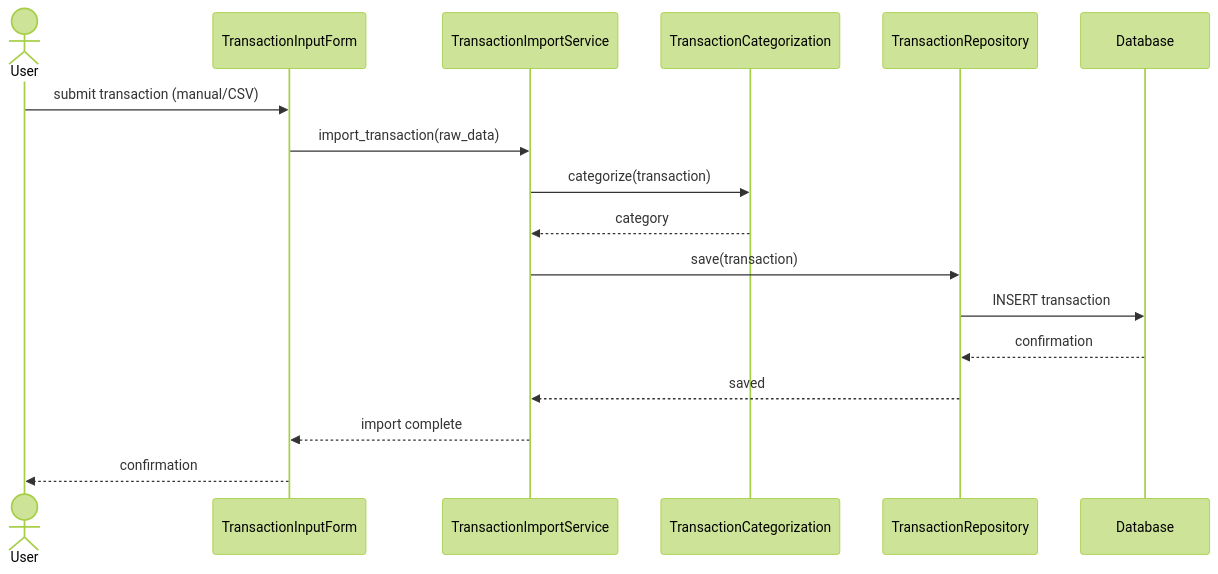
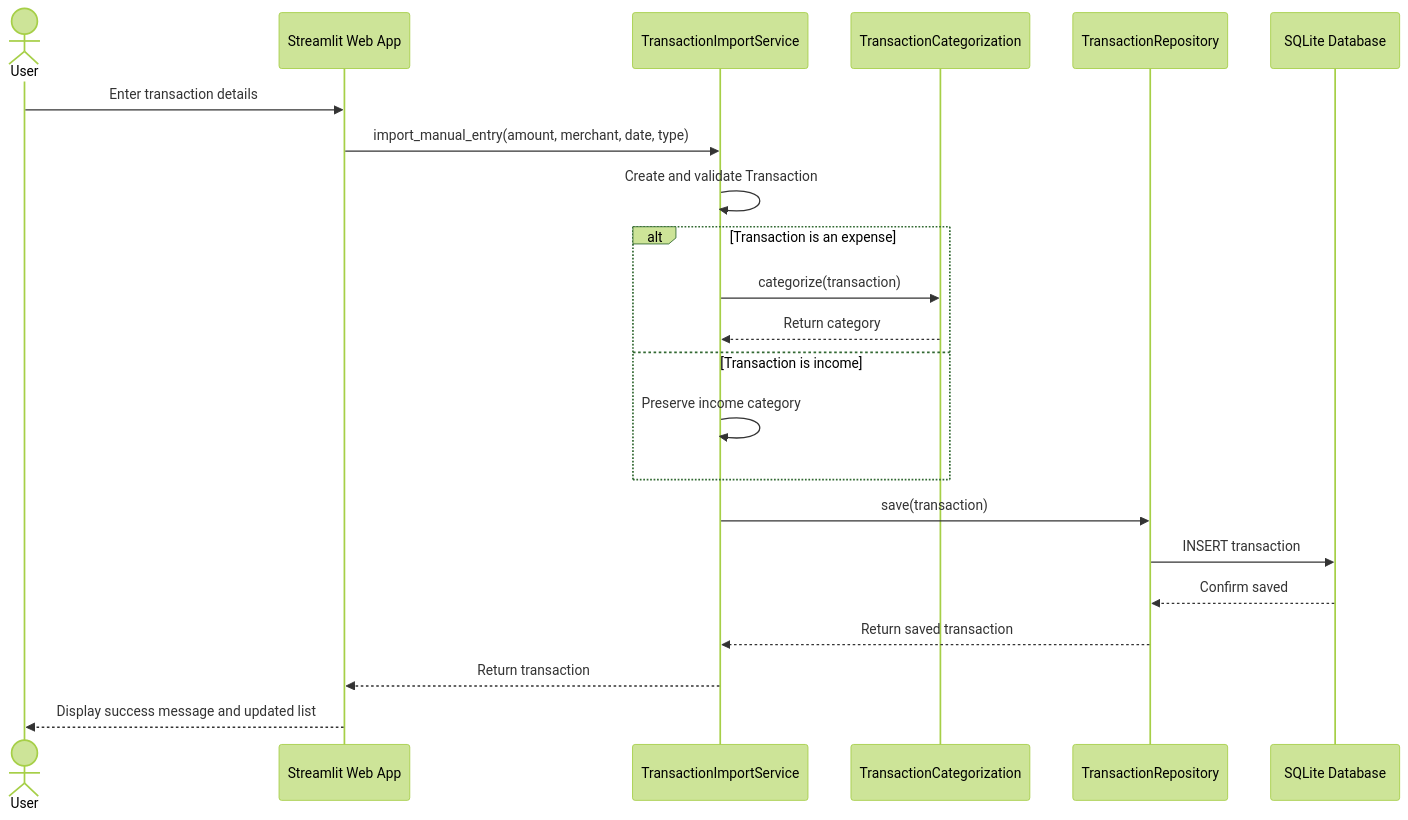
Before and after one commit to Archacez/cen5064-project-severino: the fourth of 4 diagrams in README.md, drawn with Mermaid (forest theme). The commit also changed other lines of this file, not shown here.

First line of the commit message:
Revise C4 and UML diagrams in README

````diff
--- a/README.md
+++ b/README.md
@@ -167,21 +303,29 @@
 ```mermaid
-%% Sequence diagram: ONE core use case, end to end.
 sequenceDiagram
     actor U as User
-    participant UI as TransactionInputForm
+    participant UI as Streamlit Web App
     participant S as TransactionImportService
     participant Cat as TransactionCategorization
     participant Repo as TransactionRepository
-    participant DB as Database
+    participant DB as SQLite Database
 
-    U->>UI: submit transaction (manual/CSV)
-    UI->>S: import_transaction(raw_data)
-    S->>Cat: categorize(transaction)
-    Cat-->>S: category
+    U->>UI: Enter transaction details
+    UI->>S: import_manual_entry(amount, merchant, date, type)
+
+    S->>S: Create and validate Transaction
+
+    alt Transaction is an expense
+        S->>Cat: categorize(transaction)
+        Cat-->>S: Return category
+    else Transaction is income
+        S->>S: Preserve income category
+    end
+
     S->>Repo: save(transaction)
     Repo->>DB: INSERT transaction
-    DB-->>Repo: confirmation
-    Repo-->>S: saved
-    S-->>UI: import complete
-    UI-->>U: confirmation
+    DB-->>Repo: Confirm saved
+    Repo-->>S: Return saved transaction
+
+    S-->>UI: Return transaction
+    UI-->>U: Display success message and updated list
 ```
````
